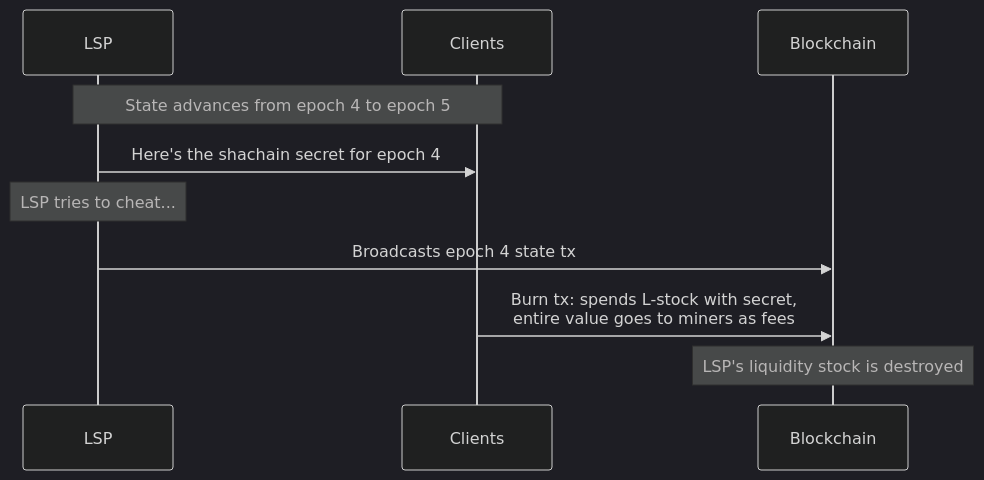
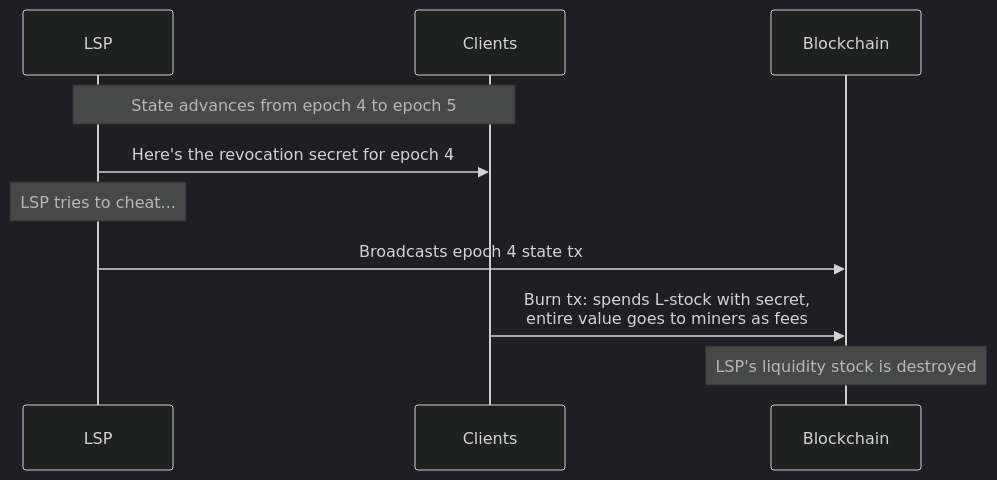
The second of 2 diagrams in core-concepts/shachain-revocation.md (8144225309/superscalar-docs), drawn with Mermaid (dark theme) before and after one commit. The commit also changed other lines of this file and 9 other files, not shown here.

First line of the commit message:
docs: fix migration chart, document flat revocation secrets

````diff
--- a/core-concepts/shachain-revocation.md
+++ b/core-concepts/shachain-revocation.md
@@ -44,15 +44,15 @@
 ```mermaid
 sequenceDiagram
     participant LSP
     participant Clients
     participant Chain as Blockchain
 
     Note over LSP,Clients: State advances from epoch 4 to epoch 5
-    LSP->>Clients: Here's the shachain secret for epoch 4
+    LSP->>Clients: Here's the revocation secret for epoch 4
 
     Note over LSP: LSP tries to cheat...
     LSP->>Chain: Broadcasts epoch 4 state tx
 
     Clients->>Chain: Burn tx: spends L-stock with secret,<br/>entire value goes to miners as fees
     Note over Chain: LSP's liquidity stock is destroyed
 ```
````
